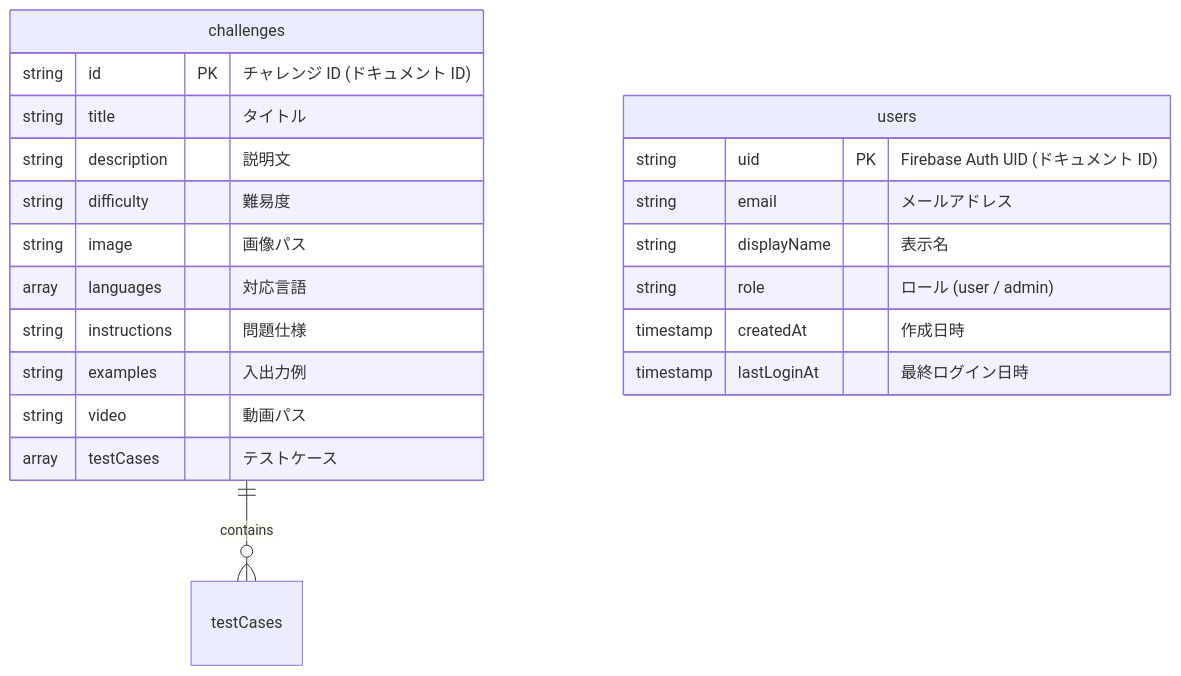
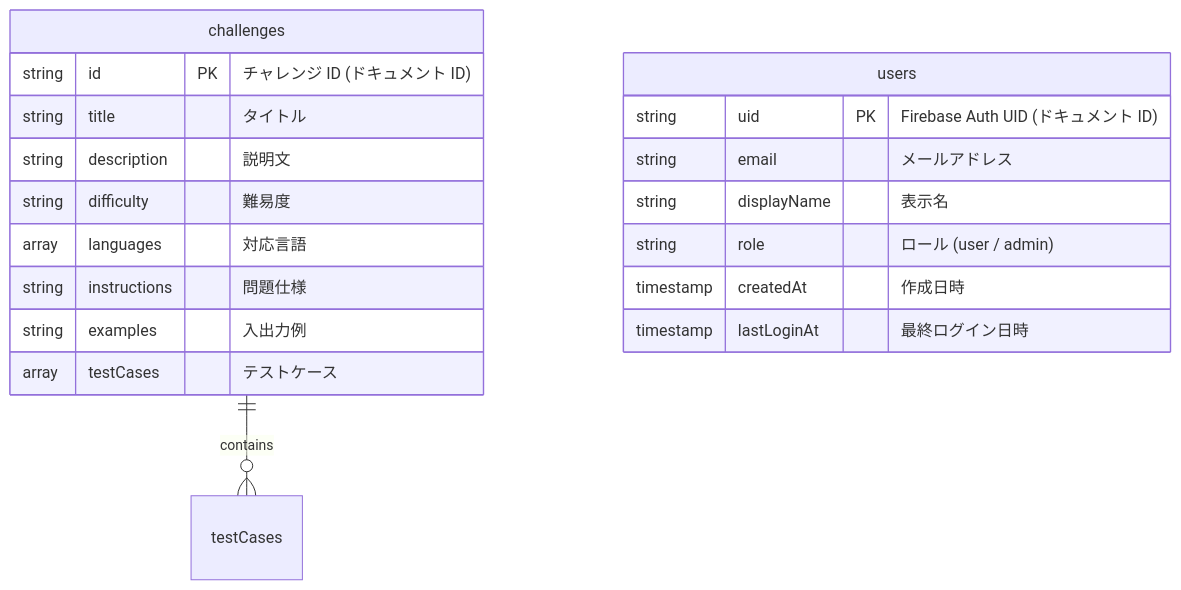
The second of 3 diagrams in docs-new/infrastructure.md (matsuda-tkm/debug-master), drawn with Mermaid before and after one commit. The commit also changed other lines of this file and 3 other files, not shown here.

Commit message:
docs: 廃止された `image` / `video` フィールドに関する変更を反映し、UIをサムネイル無しのレイアウトに更新

````diff
--- a/docs-new/infrastructure.md
+++ b/docs-new/infrastructure.md
@@ -116,26 +116,24 @@
 ```mermaid
 erDiagram
     challenges {
         string id PK "チャレンジ ID (ドキュメント ID)"
         string title "タイトル"
         string description "説明文"
         string difficulty "難易度"
-        string image "画像パス"
         array languages "対応言語"
         string instructions "問題仕様"
         string examples "入出力例"
-        string video "動画パス"
         array testCases "テストケース"
     }
 
     users {
         string uid PK "Firebase Auth UID (ドキュメント ID)"
         string email "メールアドレス"
         string displayName "表示名"
         string role "ロール (user / admin)"
         timestamp createdAt "作成日時"
         timestamp lastLoginAt "最終ログイン日時"
     }
 
     challenges ||--o{ testCases : "contains"
 ```
````
